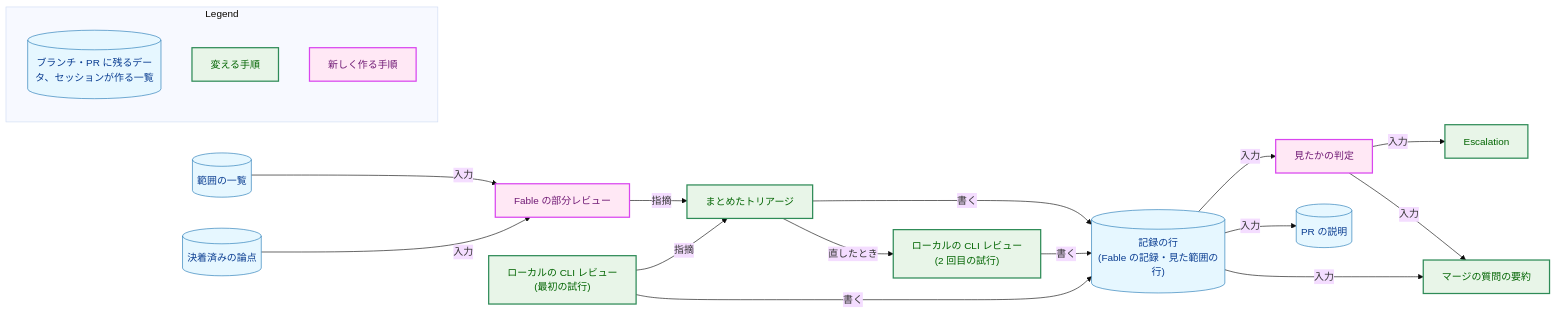
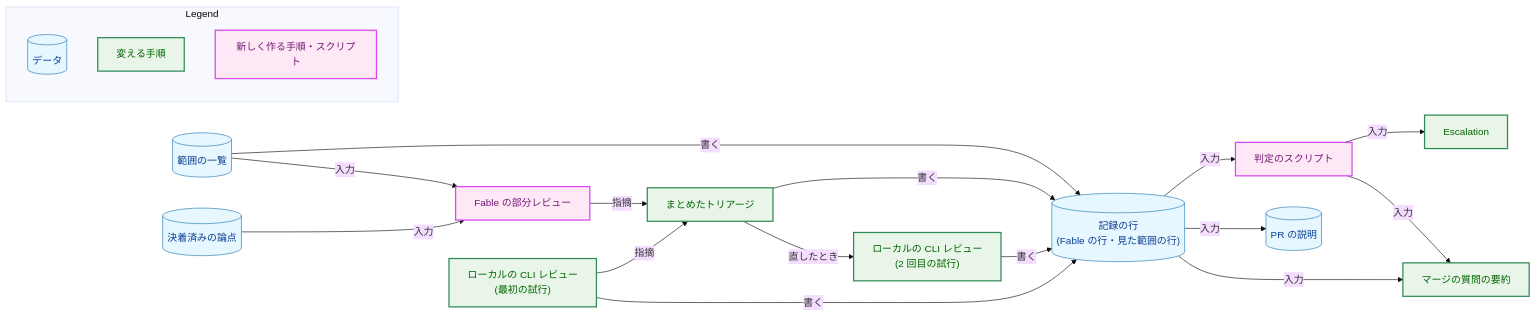
One commit to isseis/yt2column changed the first of 7 diagrams in docs/tasks/0098_fable_partial_review/02_architecture.md. Above: the diagram before and after it, drawn with Mermaid (base theme). The commit also changed other lines of this file and 4 other files, not shown here.

First line of the commit message:
docs(0098): apply the review fixes to the architecture

````diff
--- a/docs/tasks/0098_fable_partial_review/02_architecture.md
+++ b/docs/tasks/0098_fable_partial_review/02_architecture.md
@@ -64,46 +80,46 @@
 ```mermaid
 flowchart LR
     classDef data fill:#e6f7ff,stroke:#1f77b4,stroke-width:1px,color:#0b3d91;
-    classDef process fill:#fff1e6,stroke:#ff7f0e,stroke-width:1px,color:#8a3e00;
     classDef enhanced fill:#e8f5e8,stroke:#2e8b57,stroke-width:2px,color:#006400;
     classDef newpkg fill:#ffe8f5,stroke:#d946ef,stroke-width:2px,color:#701a75;
 
     SCOPE[("範囲の一覧")]
     SETTLED[("決着済みの論点")]
     FABLE["Fable の部分レビュー"]
     LOCAL["ローカルの CLI レビュー<br>(最初の試行)"]
     TRIAGE["まとめたトリアージ"]
     SECOND["ローカルの CLI レビュー<br>(2 回目の試行)"]
-    REC[("記録の行<br>(Fable の記録・見た範囲の行)")]
-    COVER["見たかの判定"]
+    REC[("記録の行<br>(Fable の行・見た範囲の行)")]
+    JUDGE["判定のスクリプト"]
     ESC["Escalation"]
     MQ["マージの質問の要約"]
     BODY[("PR の説明")]
 
     SCOPE -->|"入力"| FABLE
     SETTLED -->|"入力"| FABLE
+    SCOPE -->|"書く"| REC
     FABLE -->|"指摘"| TRIAGE
     LOCAL -->|"指摘"| TRIAGE
     TRIAGE -->|"直したとき"| SECOND
     TRIAGE -->|"書く"| REC
     SECOND -->|"書く"| REC
     LOCAL -->|"書く"| REC
     REC -->|"入力"| BODY
-    REC -->|"入力"| COVER
-    COVER -->|"入力"| ESC
-    COVER -->|"入力"| MQ
+    REC -->|"入力"| JUDGE
+    JUDGE -->|"入力"| ESC
+    JUDGE -->|"入力"| MQ
     REC -->|"入力"| MQ
 
     class SCOPE,SETTLED,REC,BODY data
-    class FABLE,COVER newpkg
+    class FABLE,JUDGE newpkg
     class LOCAL,TRIAGE,SECOND,ESC,MQ enhanced
 
     subgraph Legend["Legend"]
-        L1[("ブランチ・PR に残るデータ、セッションが作る一覧")]
+        L1[("データ")]
         L2["変える手順"]
-        L3["新しく作る手順"]
+        L3["新しく作る手順・スクリプト"]
     end
     class L1 data
     class L2 enhanced
     class L3 newpkg
 ```
````
